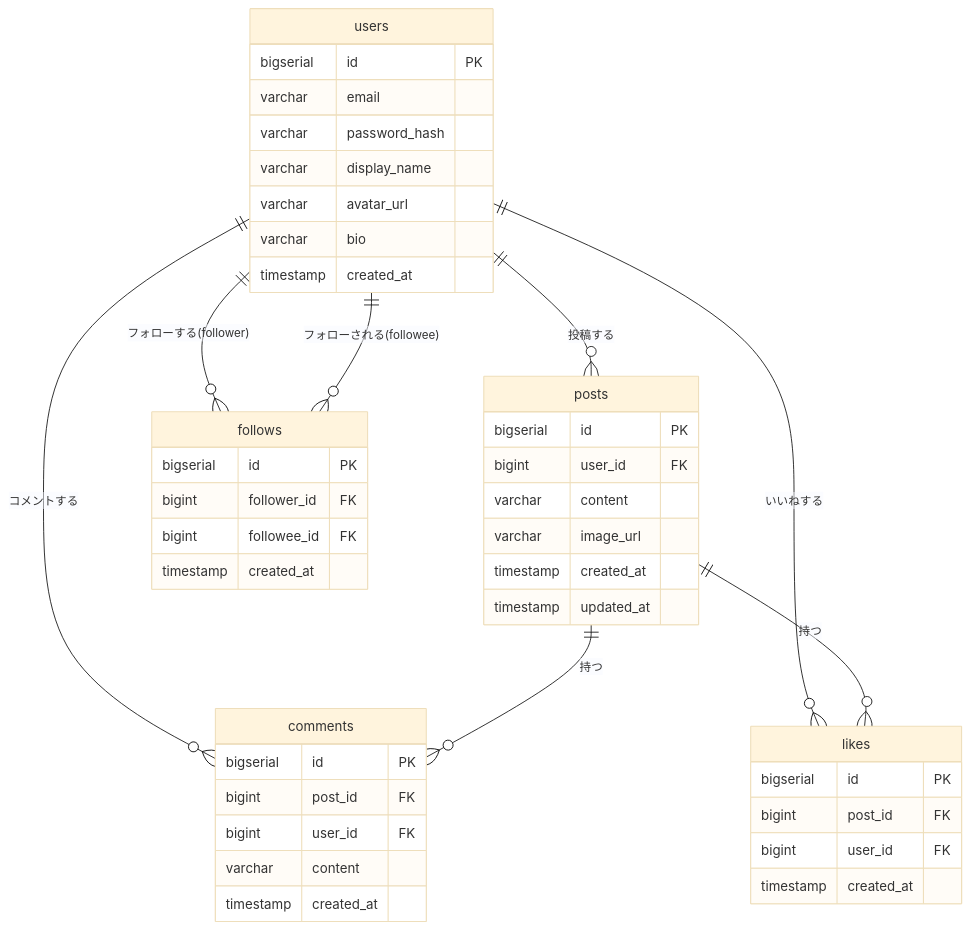
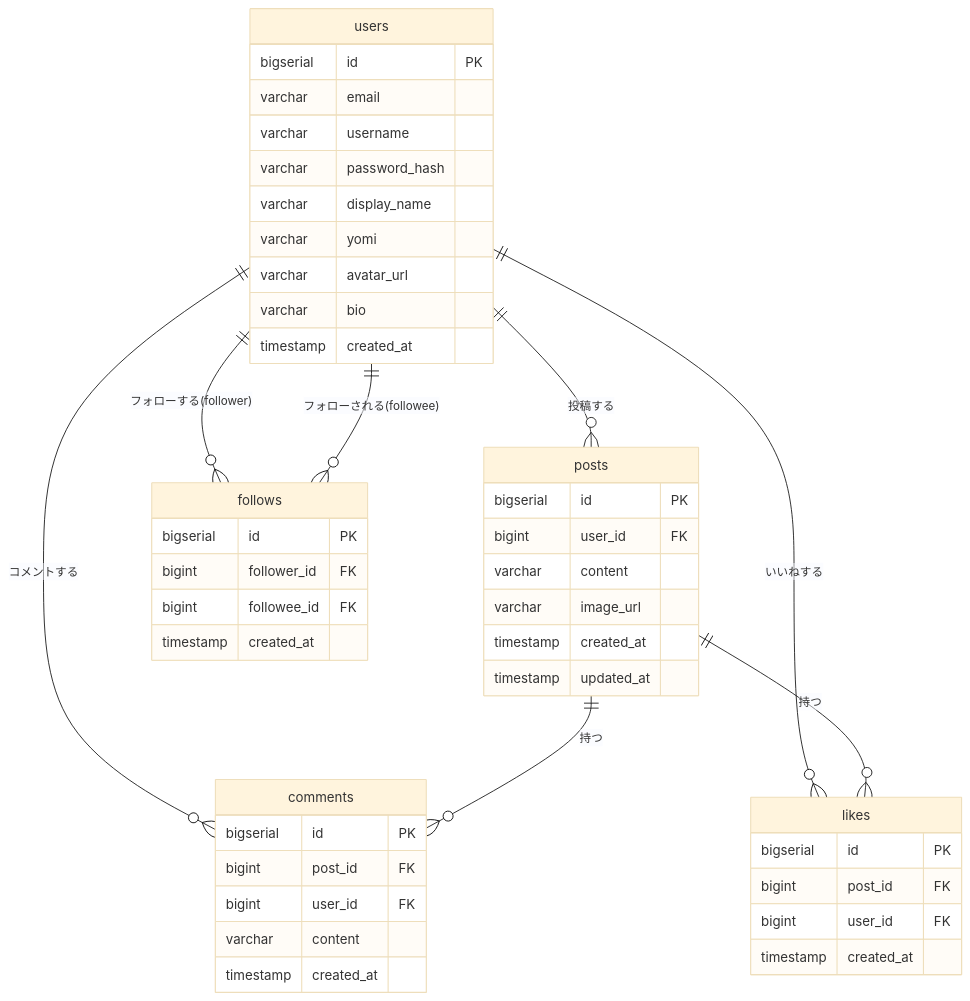
Before and after one commit to yamamotonaoki3/RaiseTimeLine: the diagram in docs/details/data-model.md, drawn with Mermaid (base theme). The commit also changed other lines of this file and 5 other files, not shown here.

````diff
--- a/docs/details/data-model.md
+++ b/docs/details/data-model.md
@@ -9,47 +9,49 @@
 ```mermaid
 erDiagram
     users {
         bigserial id PK
         varchar email
+        varchar username
         varchar password_hash
         varchar display_name
+        varchar yomi
         varchar avatar_url
         varchar bio
         timestamp created_at
     }
     posts {
         bigserial id PK
         bigint user_id FK
         varchar content
         varchar image_url
         timestamp created_at
         timestamp updated_at
     }
     comments {
         bigserial id PK
         bigint post_id FK
         bigint user_id FK
         varchar content
         timestamp created_at
     }
     likes {
         bigserial id PK
         bigint post_id FK
         bigint user_id FK
         timestamp created_at
     }
     follows {
         bigserial id PK
         bigint follower_id FK
         bigint followee_id FK
         timestamp created_at
     }
 
     users ||--o{ posts : "投稿する"
     users ||--o{ comments : "コメントする"
     users ||--o{ likes : "いいねする"
     users ||--o{ follows : "フォローする(follower)"
     users ||--o{ follows : "フォローされる(followee)"
     posts ||--o{ comments : "持つ"
     posts ||--o{ likes : "持つ"
 ```
````
